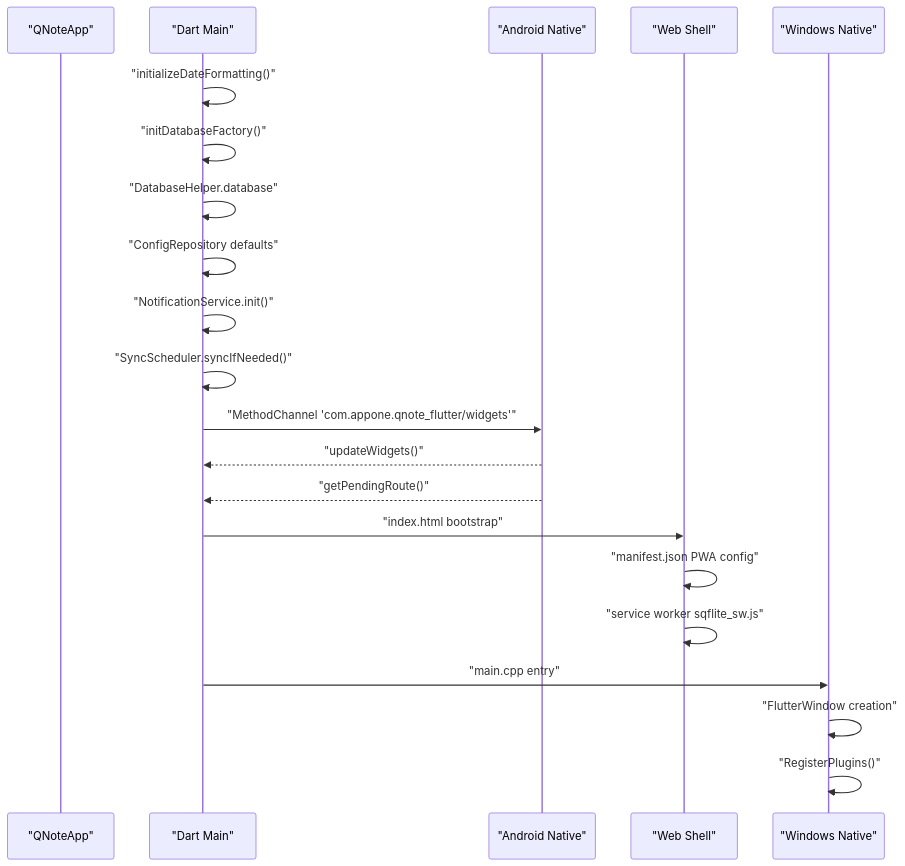
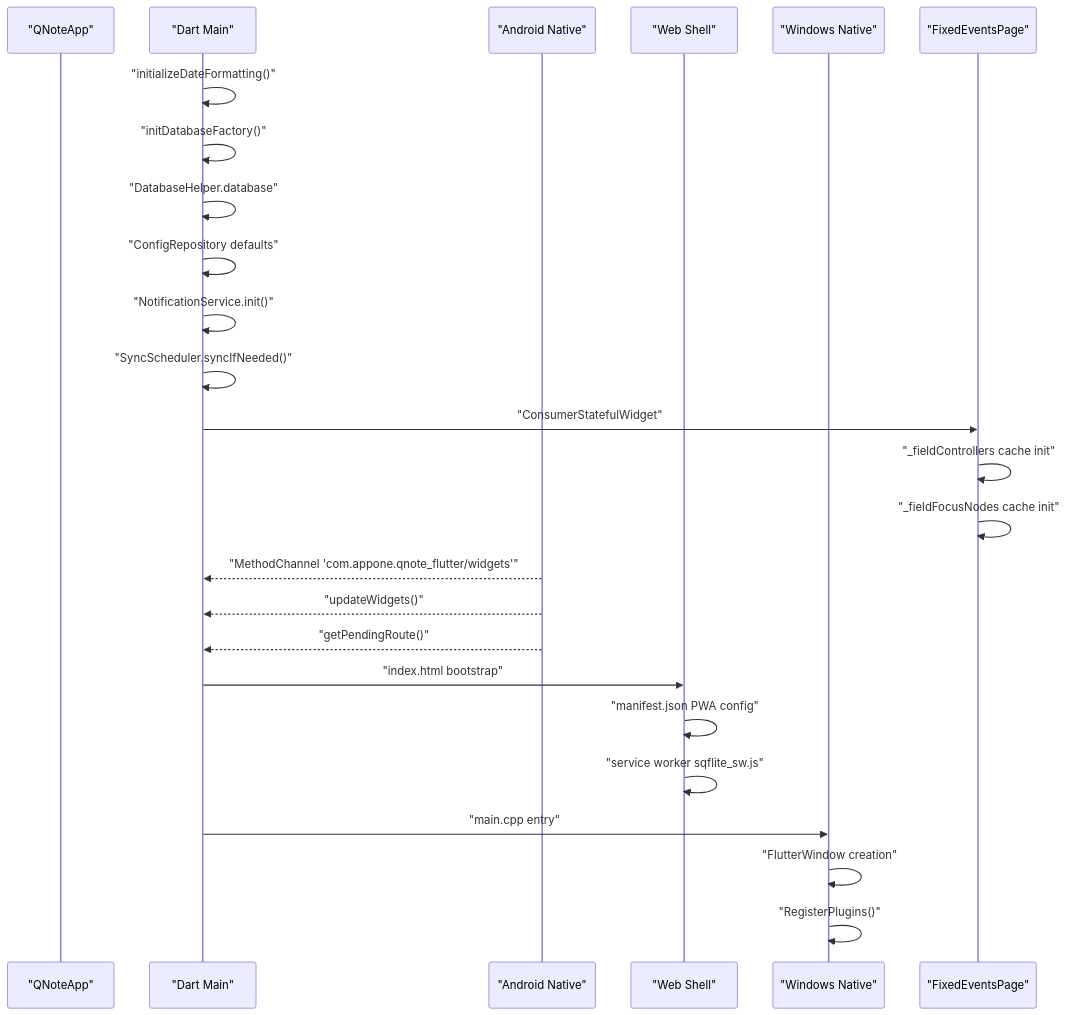
One commit to favoroo/QNote changed the second of 5 diagrams in .qoder/repowiki/en/content/Platform-Specific Implementation/Platform-Specific Implementation.md. Above: the diagram before and after it, drawn with Mermaid. The commit also changed other lines of this file and 65 other files, not shown here.

First line of the commit message:
docs: 新增项目文档与配置文件，修复AI提取与热力图问题

````diff
--- a/.qoder/repowiki/en/content/Platform-Specific Implementation/Platform-Specific Implementation.md
+++ b/.qoder/repowiki/en/content/Platform-Specific Implementation/Platform-Specific Implementation.md
@@ -141,23 +165,27 @@
 ```mermaid
 sequenceDiagram
 participant App as "QNoteApp"
 participant Dart as "Dart Main"
 participant Android as "Android Native"
 participant Web as "Web Shell"
 participant Windows as "Windows Native"
+participant EventsPage as "FixedEventsPage"
 Dart->>Dart : "initializeDateFormatting()"
 Dart->>Dart : "initDatabaseFactory()"
 Dart->>Dart : "DatabaseHelper.database"
 Dart->>Dart : "ConfigRepository defaults"
 Dart->>Dart : "NotificationService.init()"
 Dart->>Dart : "SyncScheduler.syncIfNeeded()"
-Dart->>Android : "MethodChannel 'com.appone.qnote_flutter/widgets'"
+Dart->>EventsPage : "ConsumerStatefulWidget"
+EventsPage->>EventsPage : "_fieldControllers cache init"
+EventsPage->>EventsPage : "_fieldFocusNodes cache init"
+Android-->>Dart : "MethodChannel 'com.appone.qnote_flutter/widgets'"
 Android-->>Dart : "updateWidgets()"
 Android-->>Dart : "getPendingRoute()"
 Dart->>Web : "index.html bootstrap"
 Web->>Web : "manifest.json PWA config"
 Web->>Web : "service worker sqflite_sw.js"
 Dart->>Windows : "main.cpp entry"
 Windows->>Windows : "FlutterWindow creation"
 Windows->>Windows : "RegisterPlugins()"
 ```
````
